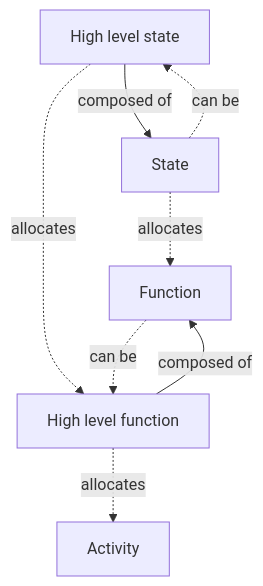
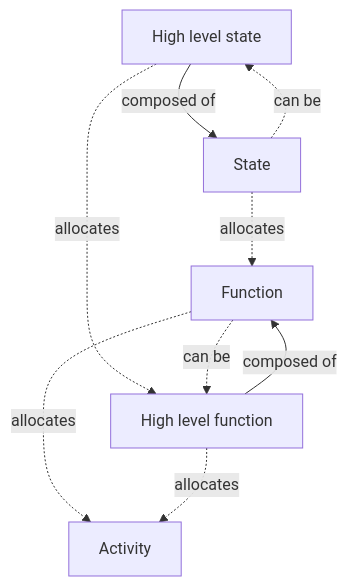
The sixth of 7 diagrams in glossary.md (3se-framework/3se-onto), drawn with Mermaid before and after one commit. The commit also changed other lines of this file, not shown here.

````diff
--- a/glossary.md
+++ b/glossary.md
@@ -3016,16 +3028,17 @@
 ```mermaid
 flowchart TD
     N1["High level state"]
     N2["State"]
     N3["High level function"]
     N4["Function"]
     N5["Activity"]
 
     N1 -->|composed of| N2
     N1 -.->|allocates| N3
     N2 -.->|allocates| N4
     N2 -.->|can be| N1
+    N4 -.->|allocates| N5
     N4 -.->|can be| N3
     N3 -->|composed of| N4
     N3 -.->|allocates| N5
 ```
````
